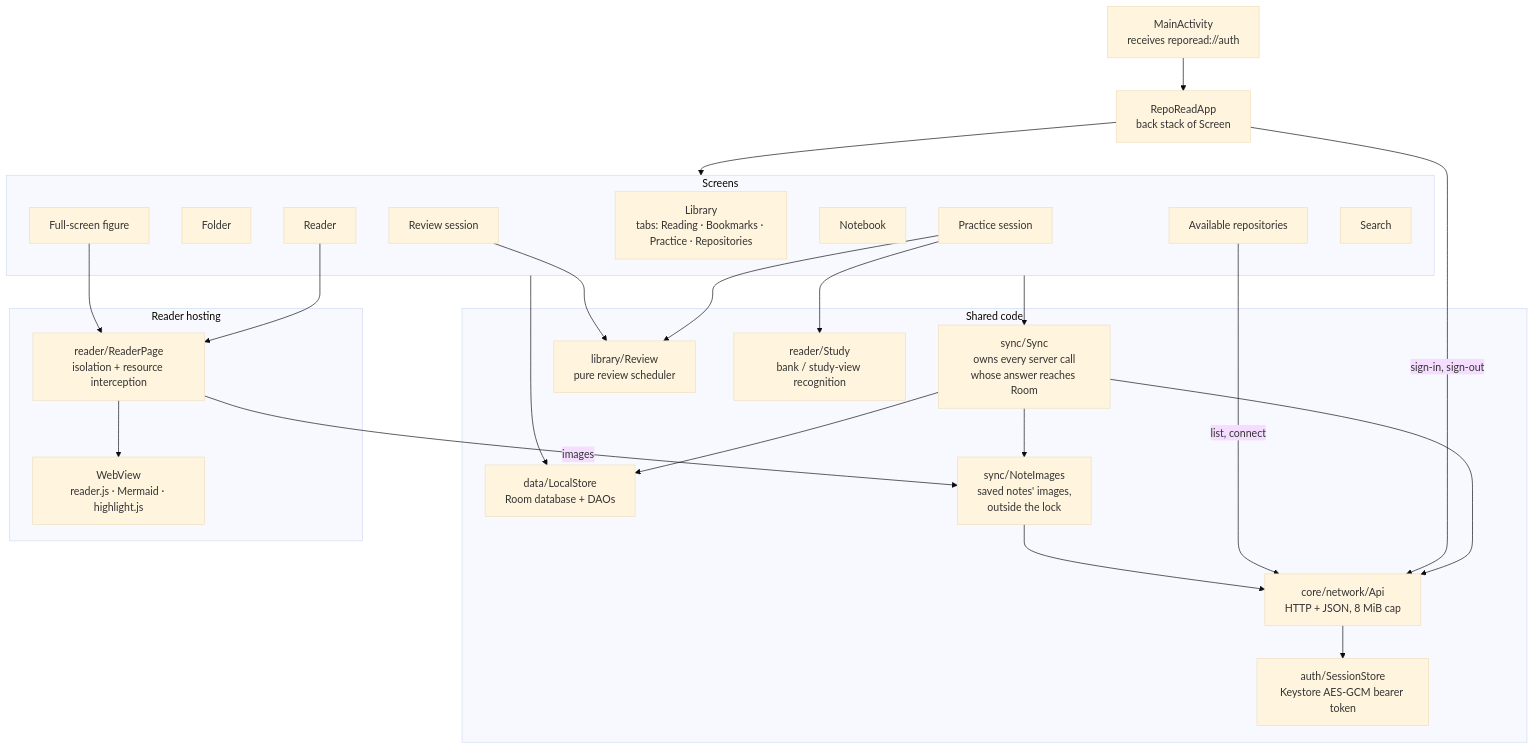
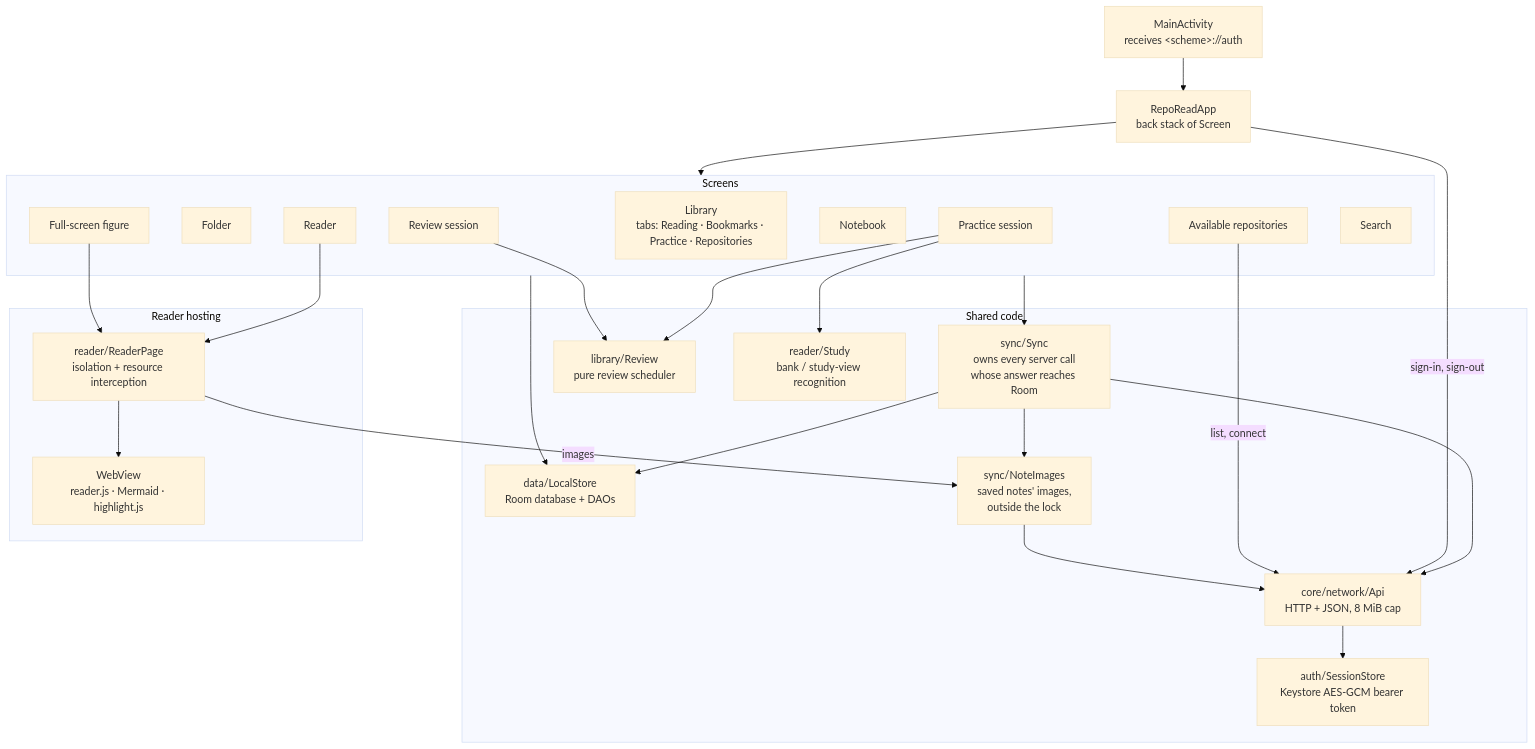
The fifth of 12 diagrams in docs/architecture.md (jaxwong/reporead), drawn with Mermaid (base theme) before and after one commit. The commit also changed other lines of this file and 14 other files, not shown here.

````diff
--- a/docs/architecture.md
+++ b/docs/architecture.md
@@ -262,51 +262,51 @@
 ```mermaid
 flowchart TB
-    Main["MainActivity<br/>receives reporead://auth"]
+    Main["MainActivity<br/>receives &lt;scheme&gt;://auth"]
     App["RepoReadApp<br/>back stack of Screen"]
     Main --> App
 
     subgraph Screens["Screens"]
         Library["Library<br/>tabs: Reading · Bookmarks · Practice · Repositories"]
         Folder["Folder"]
         Available["Available repositories"]
         Reader["Reader"]
         Figure["Full-screen figure"]
         Notebook["Notebook"]
         Practice["Practice session"]
         Review["Review session"]
         Search["Search"]
     end
     App --> Screens
 
     subgraph Core["Shared code"]
         Sync["sync/Sync<br/>owns every server call<br/>whose answer reaches Room"]
         Store["data/LocalStore<br/>Room database + DAOs"]
         Api["core/network/Api<br/>HTTP + JSON, 8 MiB cap"]
         Images["sync/NoteImages<br/>saved notes' images,<br/>outside the lock"]
         Session["auth/SessionStore<br/>Keystore AES-GCM bearer token"]
         Sched["library/Review<br/>pure review scheduler"]
         StudyK["reader/Study<br/>bank / study-view recognition"]
     end
 
     subgraph ReaderHost["Reader hosting"]
         Page["reader/ReaderPage<br/>isolation + resource interception"]
         WebV["WebView<br/>reader.js · Mermaid · highlight.js"]
         Page --> WebV
     end
 
     Screens --> Sync
     Screens --> Store
     Practice --> StudyK
     Practice --> Sched
     Review --> Sched
     Reader --> Page
     Figure --> Page
     Sync --> Api
     App -- "sign-in, sign-out" --> Api
     Available -- "list, connect" --> Api
     Sync --> Store
     Api --> Session
     Page -- "images" --> Images
     Sync --> Images
     Images --> Api
 ```
````
